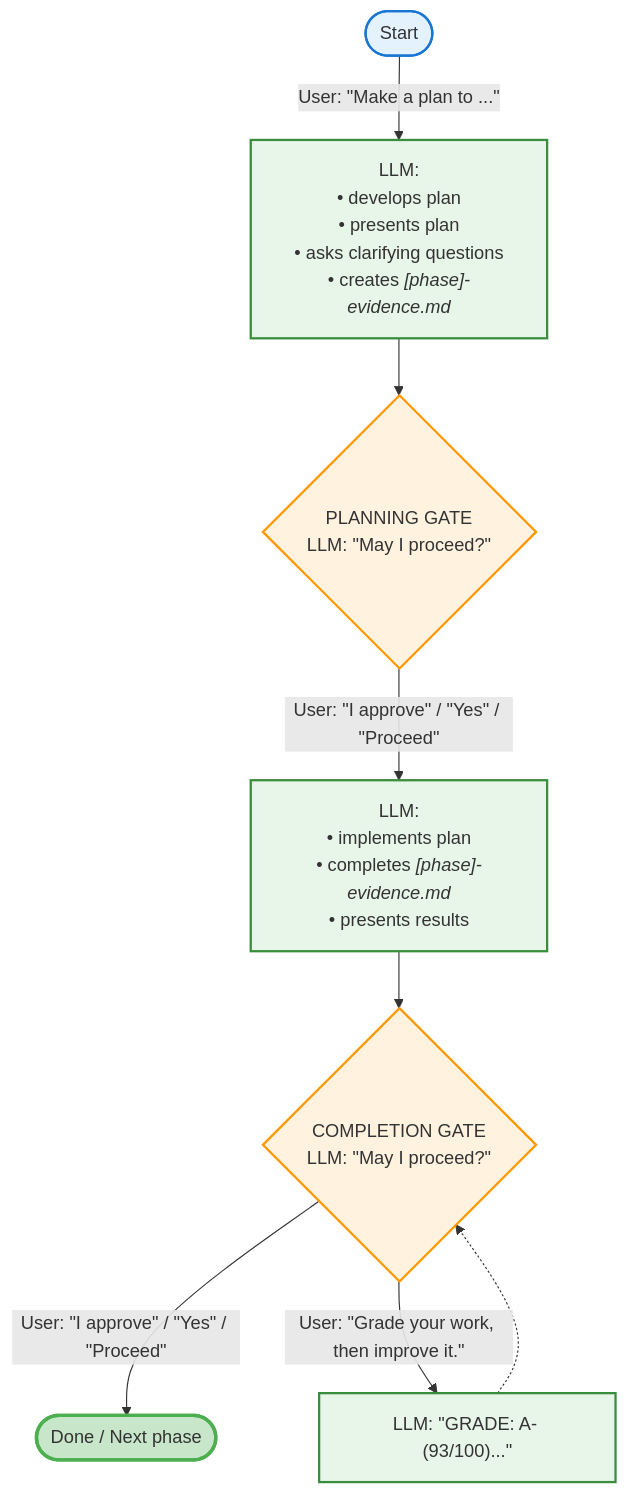
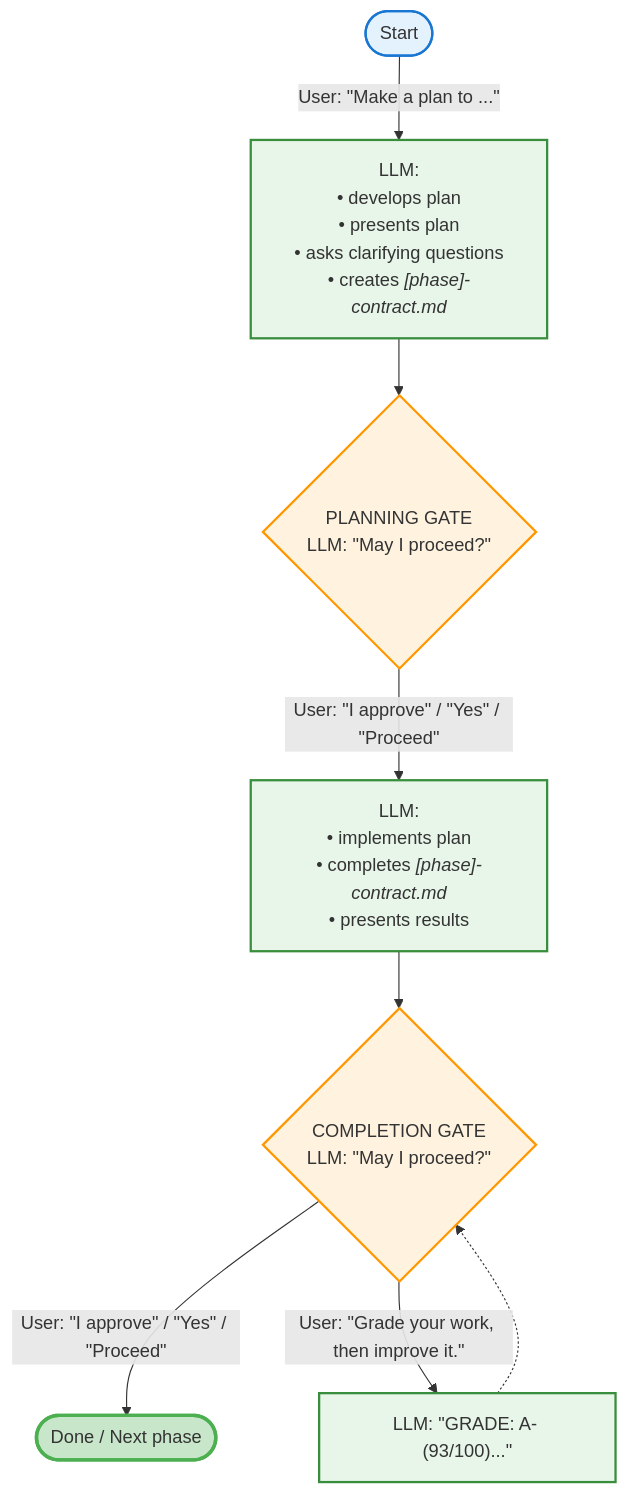
The third of 3 diagrams in README.md (binaryphile/tandem-protocol), drawn with Mermaid before and after one commit. The commit also changed other lines of this file and 4 other files, not shown here.

````diff
--- a/README.md
+++ b/README.md
@@ -188,18 +188,18 @@
 ```mermaid
 flowchart TD
-    START(["Start"]) -->|"User: &quot;Make a plan to ...&quot;"| P1["LLM:<br/>• develops plan<br/>• presents plan<br/>• asks clarifying questions<br/>• creates <i>[phase]-evidence.md</i>"]
+    START(["Start"]) -->|"User: &quot;Make a plan to ...&quot;"| P1["LLM:<br/>• develops plan<br/>• presents plan<br/>• asks clarifying questions<br/>• creates <i>[phase]-contract.md</i>"]
     P1 --> G1{"PLANNING GATE<br/>LLM: &quot;May I proceed?&quot;"}
-    G1 -->|"User: &quot;I approve&quot; / &quot;Yes&quot; / &quot;Proceed&quot;"| IMPL["LLM:<br/>• implements plan<br/>• completes <i>[phase]-evidence.md</i><br/>• presents results"]
+    G1 -->|"User: &quot;I approve&quot; / &quot;Yes&quot; / &quot;Proceed&quot;"| IMPL["LLM:<br/>• implements plan<br/>• completes <i>[phase]-contract.md</i><br/>• presents results"]
     IMPL --> G2{"COMPLETION GATE<br/>LLM: &quot;May I proceed?&quot;"}
     G2 -->|"User: &quot;I approve&quot; / &quot;Yes&quot; / &quot;Proceed&quot;"| DONE(["Done / Next phase"])
     G2 -->|"User: &quot;Grade your work, then improve it.&quot;"| GRADE["LLM: &quot;GRADE: A- (93/100)...&quot;"]
     GRADE -.-> G2
 
     style START fill:#e3f2fd,stroke:#1976d2,stroke-width:2px
     style P1 fill:#e8f5e9,stroke:#388e3c,stroke-width:2px
     style IMPL fill:#e8f5e9,stroke:#388e3c,stroke-width:2px
     style GRADE fill:#e8f5e9,stroke:#388e3c,stroke-width:2px
     style G1 fill:#fff3e0,stroke:#ff9800,stroke-width:2px
     style G2 fill:#fff3e0,stroke:#ff9800,stroke-width:2px
     style DONE fill:#c8e6c9,stroke:#4caf50,stroke-width:3px
 ```
````
